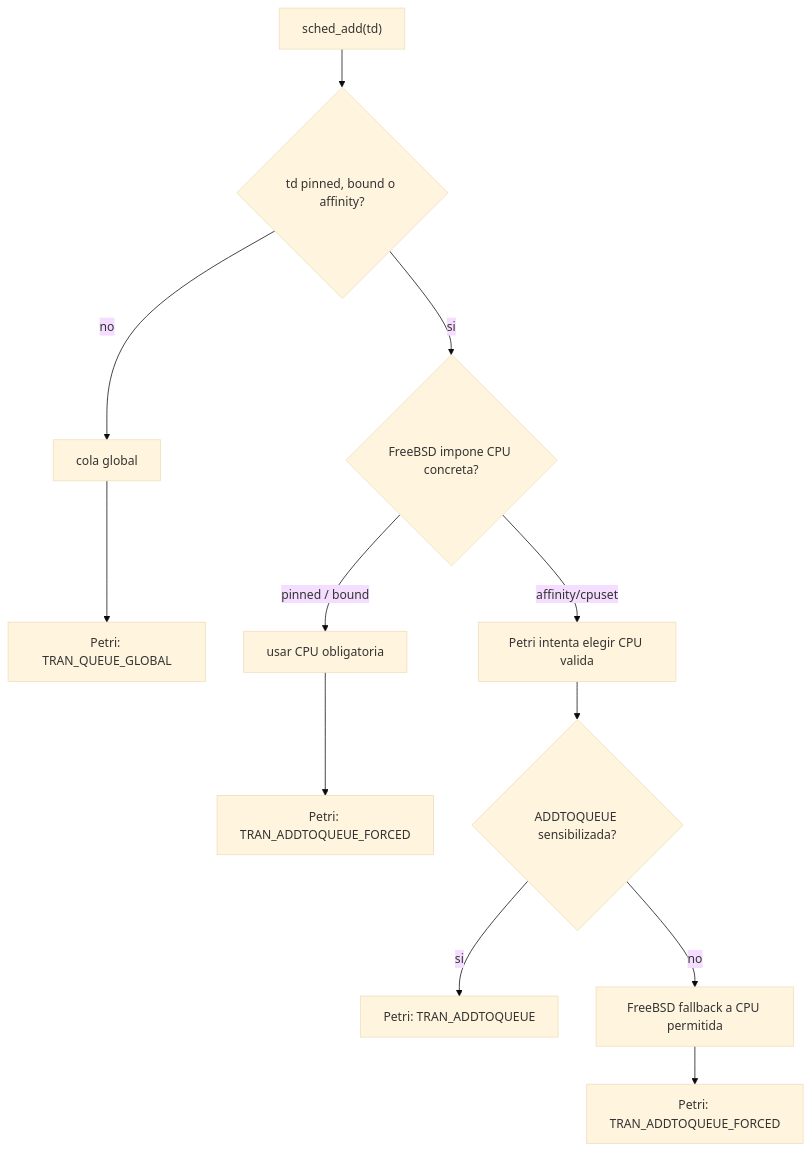
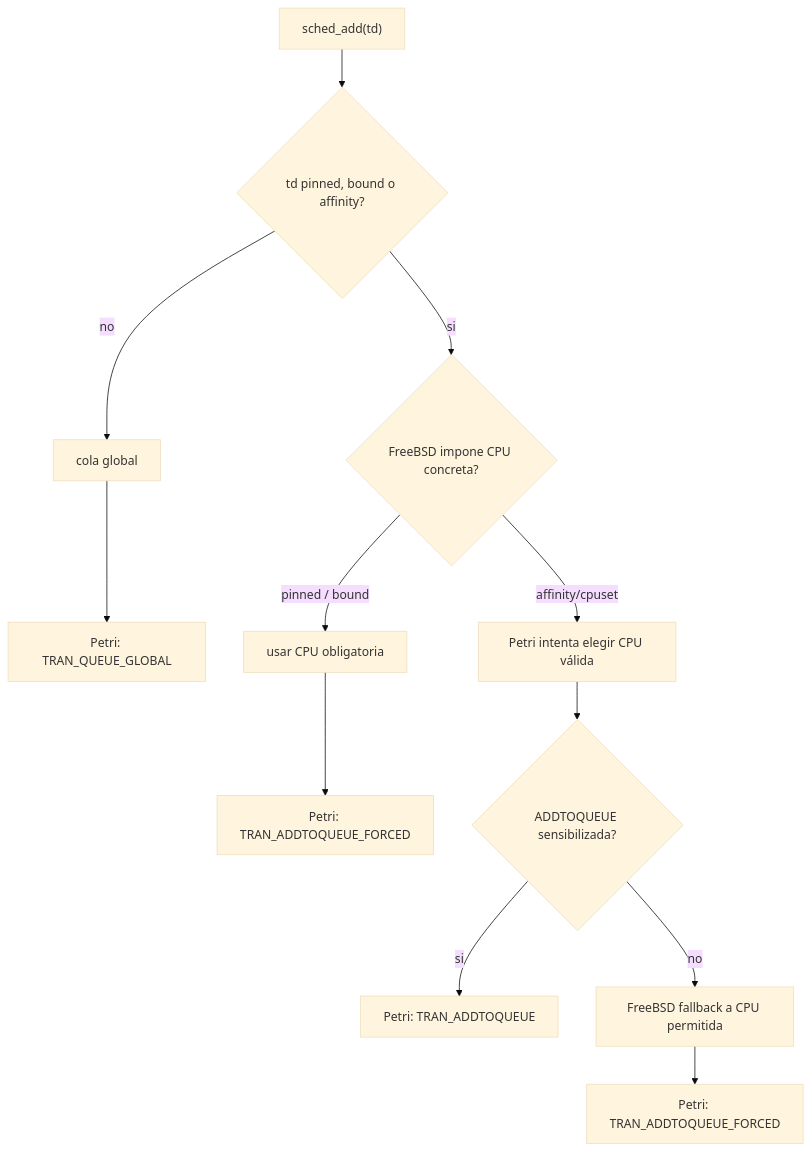
One commit to drudilea/free-bsd-scheduler changed the first of 2 diagrams in project_files/migration_files/port-main/03-cambios-reales.md. Above: the diagram before and after it, drawn with Mermaid (base theme). The commit also changed other lines of this file and 7 other files, not shown here.

````diff
--- a/project_files/migration_files/port-main/03-cambios-reales.md
+++ b/project_files/migration_files/port-main/03-cambios-reales.md
@@ -50,17 +50,17 @@
 ```mermaid
 flowchart TD
     A["sched_add(td)"] --> B{"td pinned, bound o affinity?"}
 
     B -- "no" --> C["cola global"]
     C --> D["Petri: TRAN_QUEUE_GLOBAL"]
 
     B -- "si" --> E{"FreeBSD impone CPU concreta?"}
     E -- "pinned / bound" --> F["usar CPU obligatoria"]
     F --> G["Petri: TRAN_ADDTOQUEUE_FORCED"]
 
-    E -- "affinity/cpuset" --> H["Petri intenta elegir CPU valida"]
+    E -- "affinity/cpuset" --> H["Petri intenta elegir CPU válida"]
     H --> I{"ADDTOQUEUE sensibilizada?"}
     I -- "si" --> J["Petri: TRAN_ADDTOQUEUE"]
     I -- "no" --> K["FreeBSD fallback a CPU permitida"]
     K --> L["Petri: TRAN_ADDTOQUEUE_FORCED"]
 ```
````
